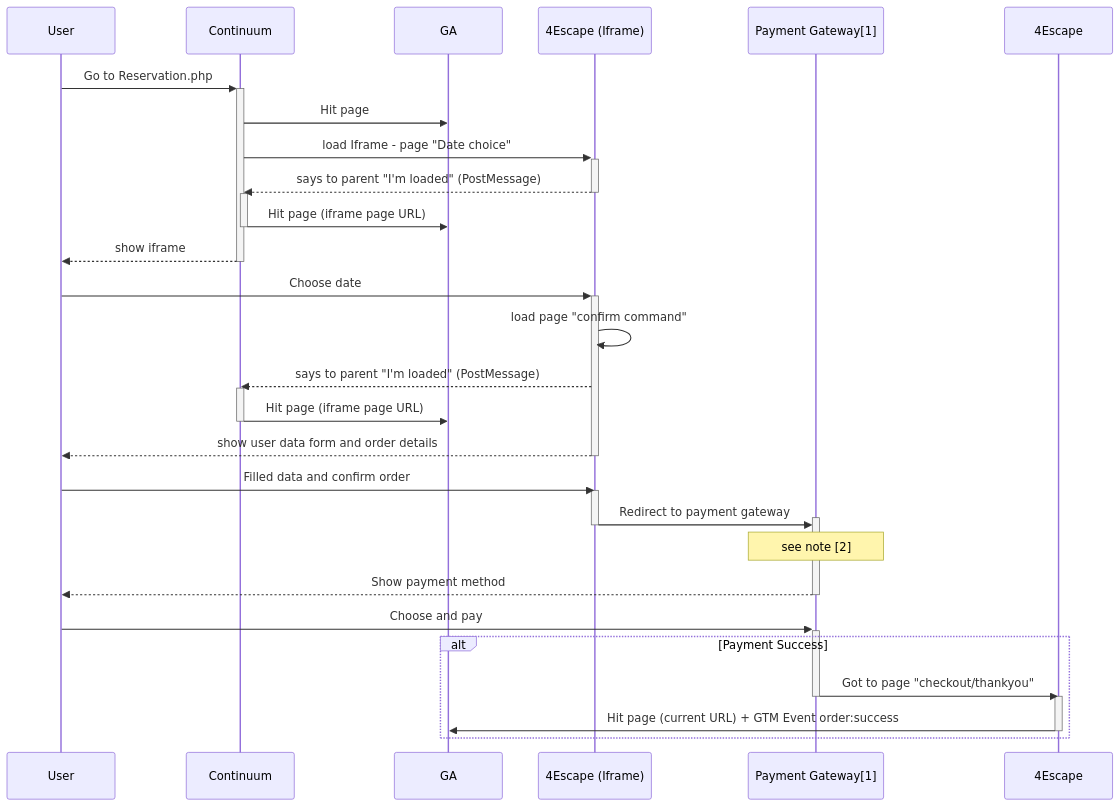
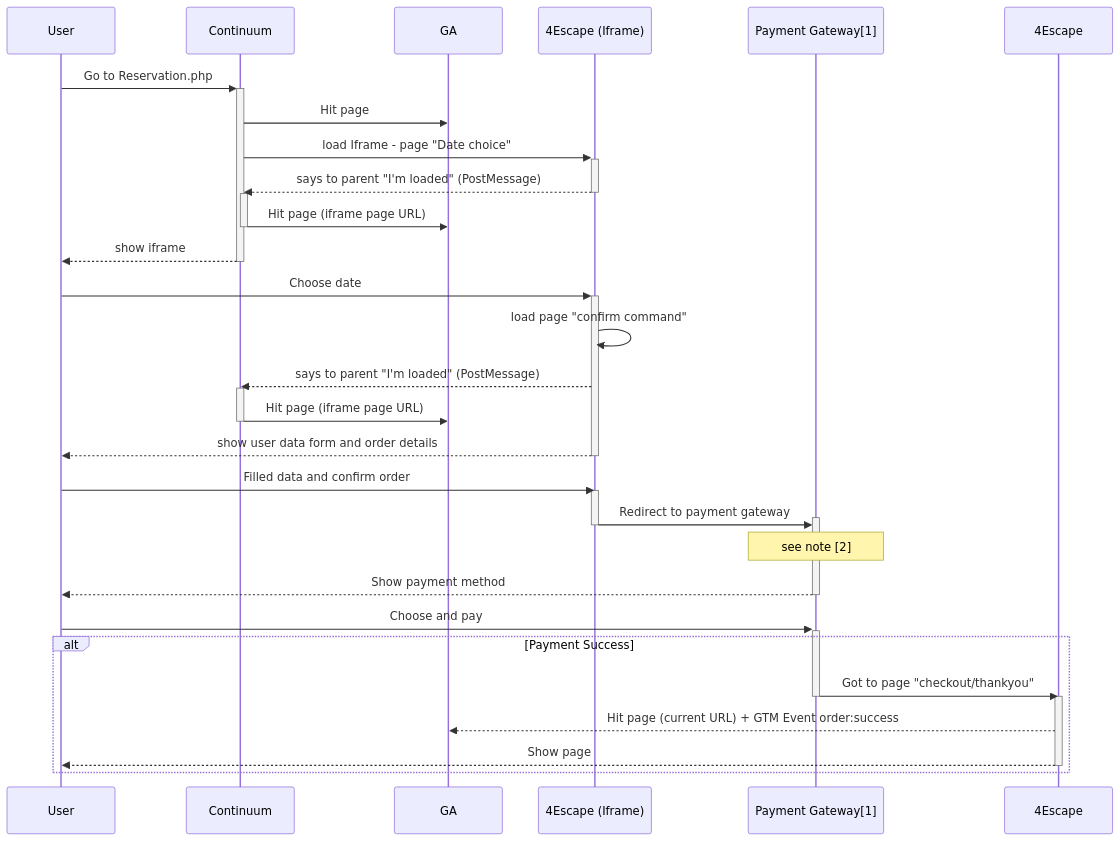
One commit to NansPellicari/stackEdit changed the diagram in doc/continuum/Sequence-session.md. Above: the diagram before and after it, drawn with Mermaid. The commit also changed other lines of this file, not shown here.

Commit message:
doc/continuum/Sequence-session.md updated from https://stackedit.io/

````diff
--- a/doc/continuum/Sequence-session.md
+++ b/doc/continuum/Sequence-session.md
@@ -1,41 +1,42 @@
 ```mermaid
 sequenceDiagram
 
 User->>+Continuum: Go to Reservation.php
 Continuum->>GA: Hit page
 Continuum->>+4Escape (Iframe): load Iframe - page "Date choice"
 4Escape (Iframe)-->>-Continuum: says to parent "I'm loaded" (PostMessage)
 activate Continuum
 Continuum->>GA: Hit page (iframe page URL)
 deactivate Continuum
 Continuum-->>-User: show iframe
 
 
 User->>+4Escape (Iframe): Choose date
 4Escape (Iframe)->>4Escape (Iframe): load page "confirm command"
 4Escape (Iframe)-->>Continuum: says to parent "I'm loaded" (PostMessage)
 activate Continuum
 Continuum->>GA: Hit page (iframe page URL)
 deactivate Continuum
 4Escape (Iframe)-->>-User: show user data form and order details
 
 
 User->>4Escape (Iframe): Filled data and confirm order
 activate 4Escape (Iframe)
 4Escape (Iframe)->>+Payment Gateway[1]: Redirect to payment gateway 
 deactivate 4Escape (Iframe)
 Note over Payment Gateway[1]: see note [2]
 Payment Gateway[1]-->>-User: Show payment method
 
 User->>+Payment Gateway[1]: Choose and pay
 
 
 
 
 alt Payment Success
 	Payment Gateway[1]->>-4Escape: Got to page "checkout/thankyou"
 	activate 4Escape
-	4Escape->>GA: Hit page (current URL) + GTM Event order:success
+	4Escape-->>GA: Hit page (current URL) + GTM Event order:success
+	4Escape-->>User: Show page
 	deactivate 4Escape
 end
 ```
````
